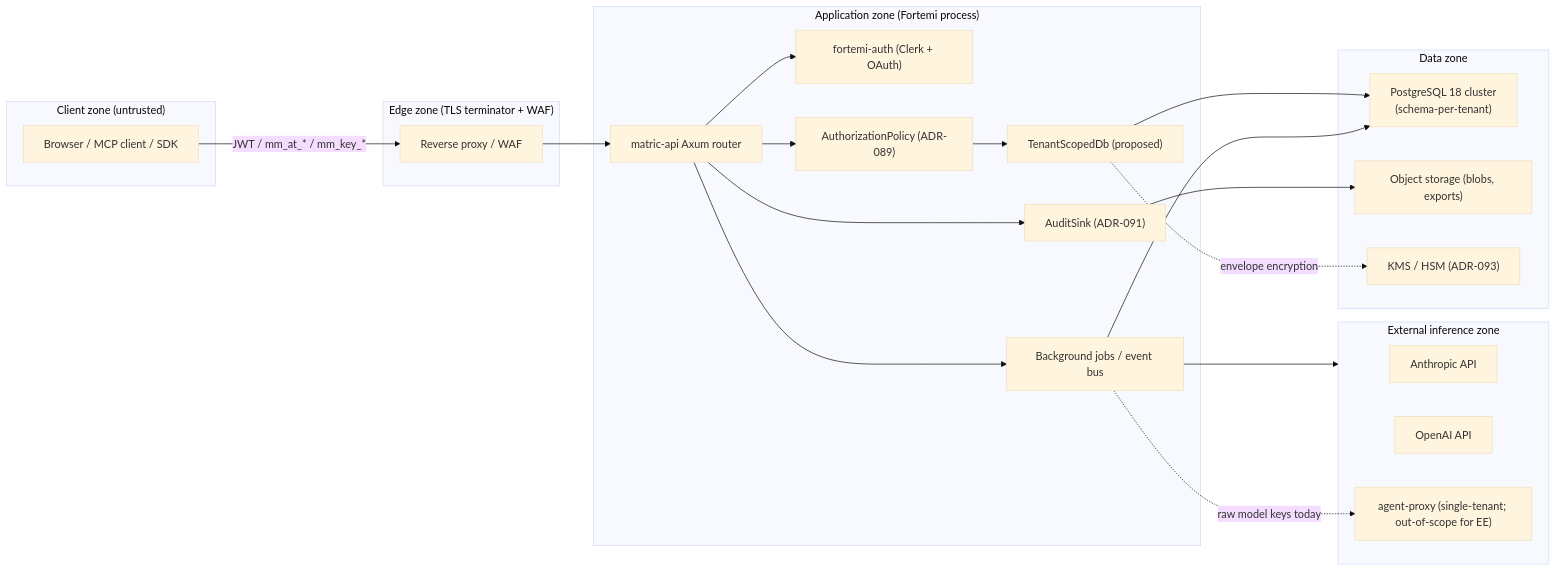
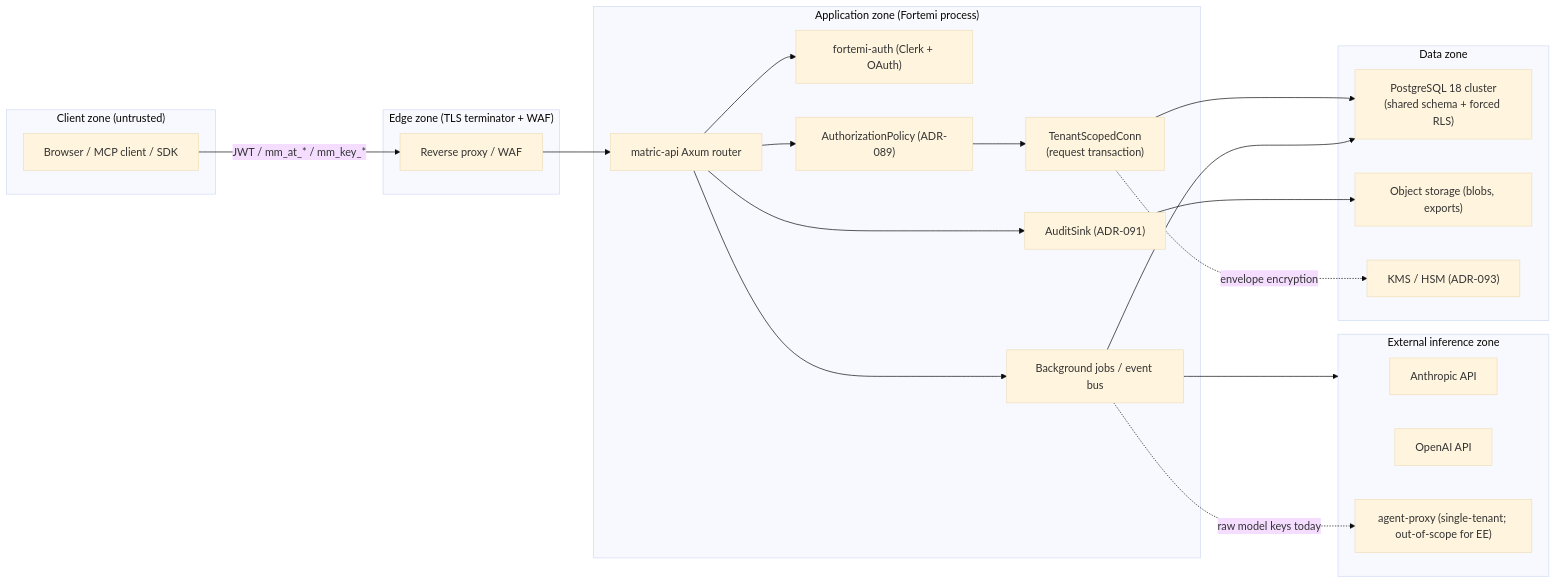
The diagram in .aiwg/security/multi-tenant-threat-model.md (Fortemi/fortemi), drawn with Mermaid (base theme) before and after one commit. The commit also changed other lines of this file and 42 other files, not shown here.

````diff
--- a/.aiwg/security/multi-tenant-threat-model.md
+++ b/.aiwg/security/multi-tenant-threat-model.md
@@ -40,45 +43,45 @@
 ```mermaid
 flowchart LR
     subgraph Client["Client zone (untrusted)"]
         Browser["Browser / MCP client / SDK"]
     end
 
     subgraph Edge["Edge zone (TLS terminator + WAF)"]
         Edge1["Reverse proxy / WAF"]
     end
 
     subgraph App["Application zone (Fortemi process)"]
         API["matric-api Axum router"]
         Auth["fortemi-auth (Clerk + OAuth)"]
         AuthZ["AuthorizationPolicy (ADR-089)"]
-        Tenant["TenantScopedDb (proposed)"]
+        Tenant["TenantScopedConn\n(request transaction)"]
         Jobs["Background jobs / event bus"]
         Audit["AuditSink (ADR-091)"]
     end
 
     subgraph Inference["External inference zone"]
         Anthropic["Anthropic API"]
         OpenAI["OpenAI API"]
         AgentProxy["agent-proxy (single-tenant; out-of-scope for EE)"]
     end
 
     subgraph Data["Data zone"]
-        PG["PostgreSQL 18 cluster\n(schema-per-tenant)"]
+        PG["PostgreSQL 18 cluster\n(shared schema + forced RLS)"]
         Obj["Object storage (blobs, exports)"]
         KMS["KMS / HSM (ADR-093)"]
     end
 
     Browser -->|JWT / mm_at_* / mm_key_*| Edge1
     Edge1 --> API
     API --> Auth
     API --> AuthZ
     AuthZ --> Tenant
     Tenant --> PG
     API --> Jobs
     Jobs --> PG
     Jobs --> Inference
     API --> Audit
     Audit --> Obj
     Tenant -.->|envelope encryption| KMS
     Jobs -.->|raw model keys today| AgentProxy
 ```
````
